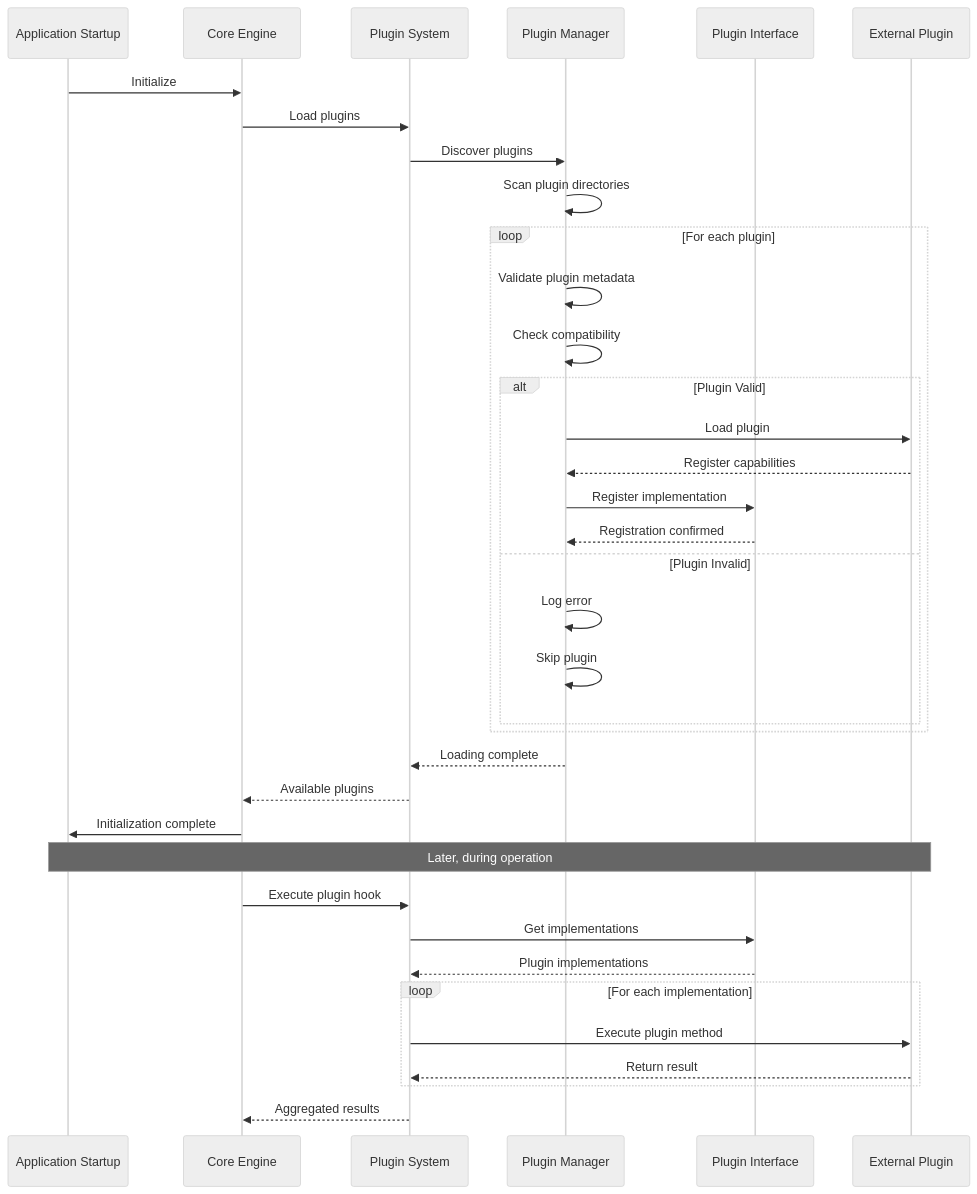
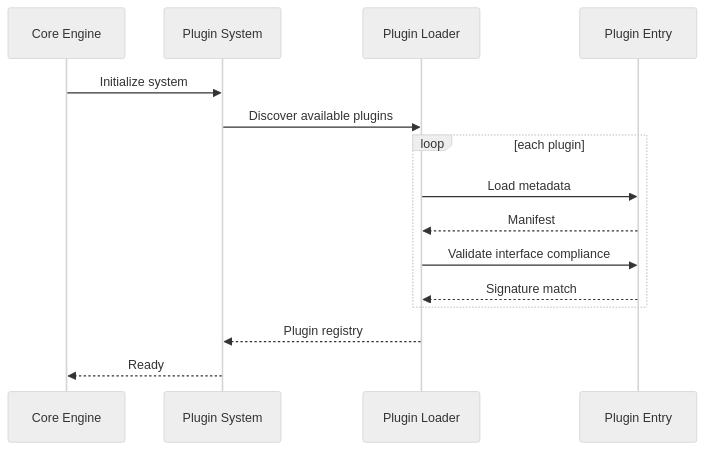
Before and after one commit to Cadtastic/MarkDocSuite: the third of 3 diagrams in MarkDocCompiler/markdoccompiler-process-flows.md, drawn with Mermaid (neutral theme). The commit also changed other lines of this file and 26 other files, not shown here.

````diff
--- a/MarkDocCompiler/markdoccompiler-process-flows.md
+++ b/MarkDocCompiler/markdoccompiler-process-flows.md
@@ -178,47 +71,18 @@
 ```mermaid
 sequenceDiagram
-    participant App as Application Startup
-    participant Core as Core Engine
-    participant PS as Plugin System
-    participant PM as Plugin Manager
-    participant PI as Plugin Interface
-    participant EP as External Plugin
-    
-    App->>Core: Initialize
-    Core->>PS: Load plugins
-    
-    PS->>PM: Discover plugins
-    PM->>PM: Scan plugin directories
-    
-    loop For each plugin
-        PM->>PM: Validate plugin metadata
-        PM->>PM: Check compatibility
-        
-        alt Plugin Valid
-            PM->>EP: Load plugin
-            EP-->>PM: Register capabilities
-            PM->>PI: Register implementation
-            PI-->>PM: Registration confirmed
-        else Plugin Invalid
-            PM->>PM: Log error
-            PM->>PM: Skip plugin
-        end
+    participant Compiler as Core Engine
+    participant Plugins as Plugin System
+    participant Loader as Plugin Loader
+    participant Plugin as Plugin Entry
+
+    Compiler->>Plugins: Initialize system
+    Plugins->>Loader: Discover available plugins
+    loop each plugin
+        Loader->>Plugin: Load metadata
+        Plugin-->>Loader: Manifest
+        Loader->>Plugin: Validate interface compliance
+        Plugin-->>Loader: Signature match
     end
-    
-    PM-->>PS: Loading complete
-    PS-->>Core: Available plugins
-    Core->>App: Initialization complete
-    
-    Note over App, EP: Later, during operation
-    
-    Core->>PS: Execute plugin hook
-    PS->>PI: Get implementations
-    PI-->>PS: Plugin implementations
-    
-    loop For each implementation
-        PS->>EP: Execute plugin method
-        EP-->>PS: Return result
-    end
-    
-    PS-->>Core: Aggregated results
+    Loader-->>Plugins: Plugin registry
+    Plugins-->>Compiler: Ready
 ```
````
